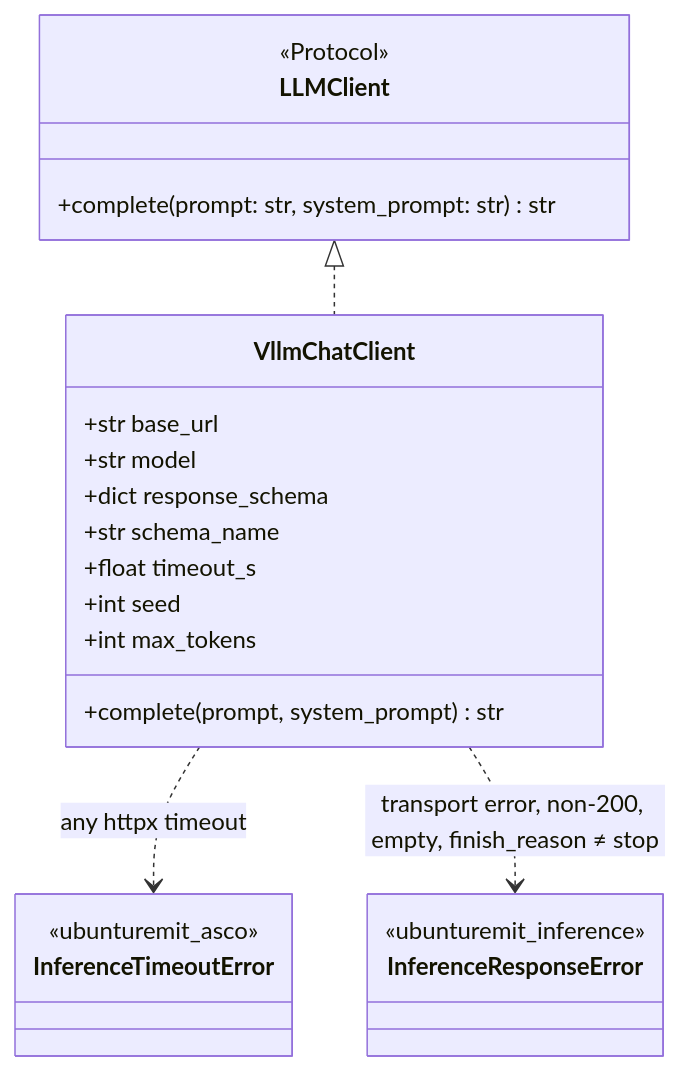
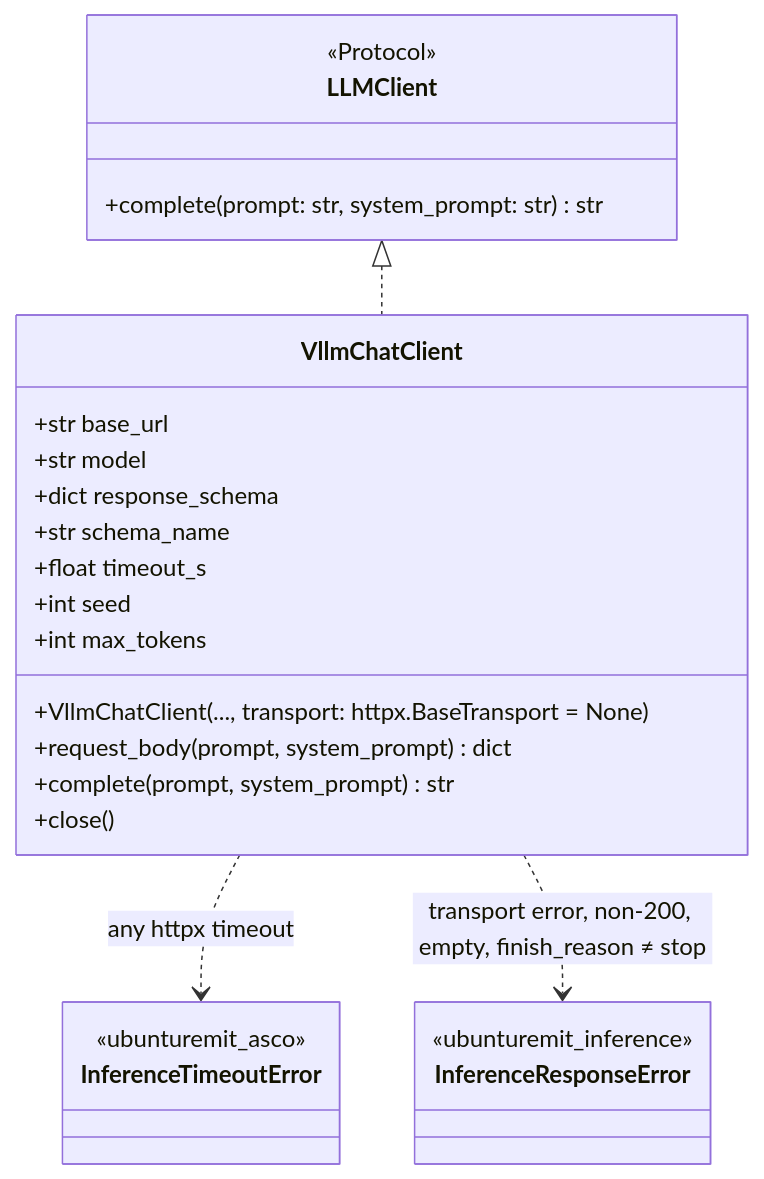
One commit to Katlego-tech/UbuntuRemit changed the first of 2 diagrams in docs/design/inference.md. Above: the diagram before and after it, drawn with Mermaid. The commit also changed other lines of this file and 2 other files, not shown here.

First line of the commit message:
fix(inference): T078 close the review findings on #23

````diff
--- a/docs/design/inference.md
+++ b/docs/design/inference.md
@@ -30,26 +30,29 @@
 ```mermaid
 classDiagram
     class LLMClient {
         <<Protocol>>
         +complete(prompt: str, system_prompt: str) str
     }
     class VllmChatClient {
         +str base_url
         +str model
         +dict response_schema
         +str schema_name
         +float timeout_s
         +int seed
         +int max_tokens
+        +VllmChatClient(..., transport: httpx.BaseTransport = None)
+        +request_body(prompt, system_prompt) dict
         +complete(prompt, system_prompt) str
+        +close()
     }
     class InferenceTimeoutError {
         <<ubunturemit_asco>>
     }
     class InferenceResponseError {
         <<ubunturemit_inference>>
     }
     LLMClient <|.. VllmChatClient
     VllmChatClient ..> InferenceTimeoutError : any httpx timeout
     VllmChatClient ..> InferenceResponseError : transport error, non-200, empty, finish_reason ≠ stop
 ```
````
